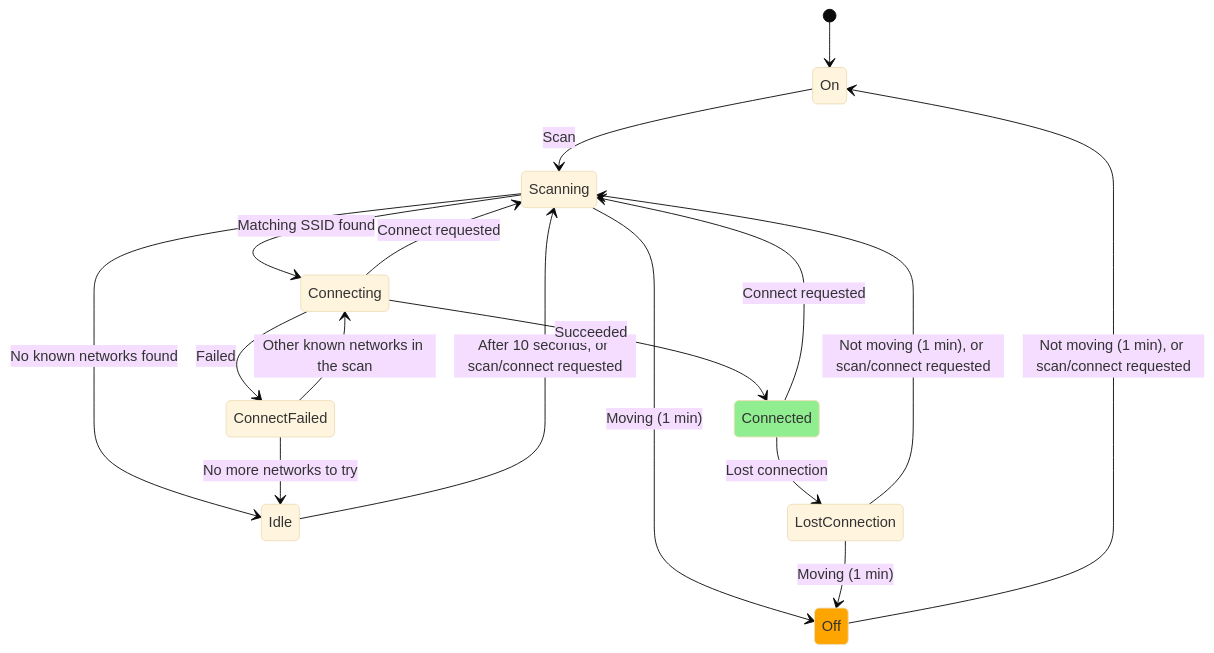
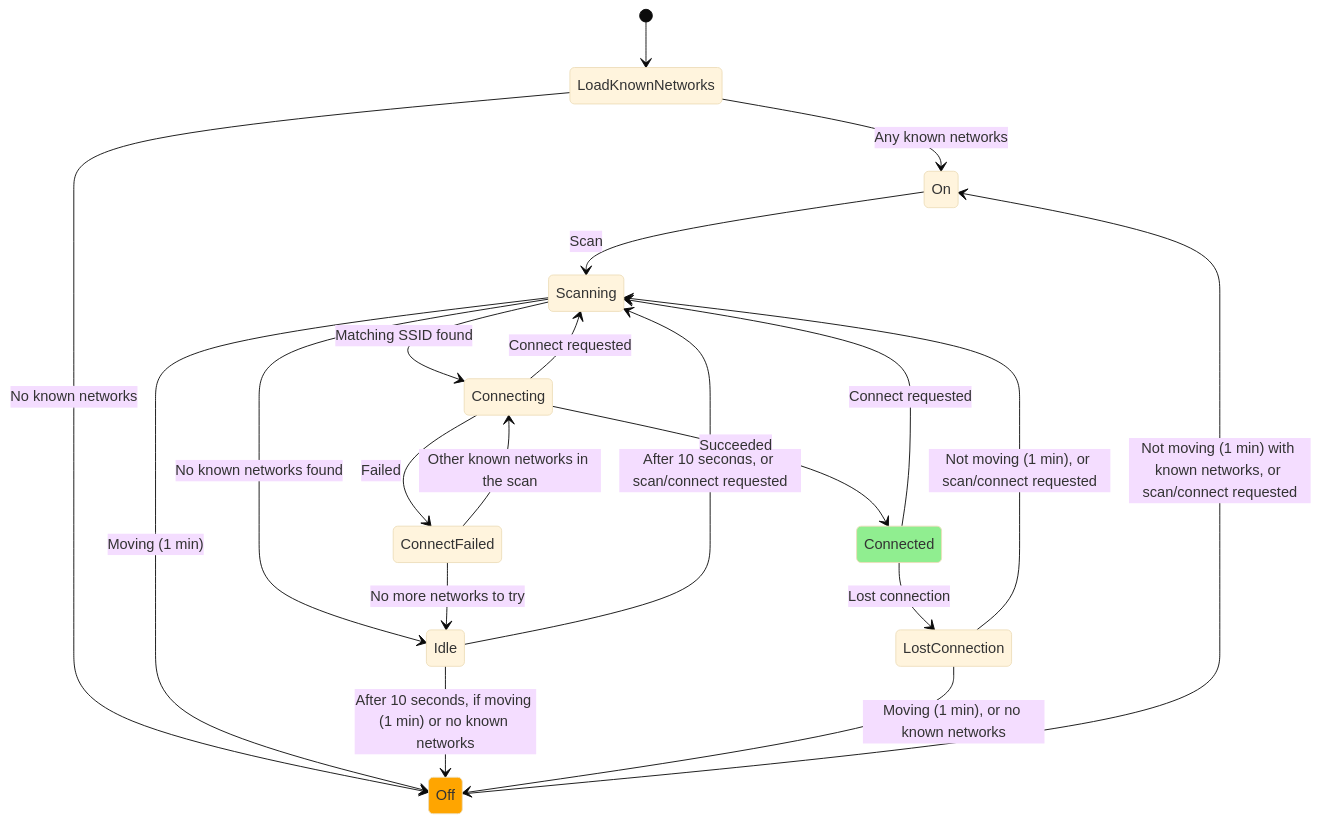
The diagram in src/wifi_handler/wifi_state_machine.md (SimonKagstrom/radbuzz), drawn with Mermaid (base theme) before and after one commit. The commit also changed other lines of this file and 5 other files, not shown here.

Commit message:
wifi_handler: Go to off directly if no networks known

````diff
--- a/src/wifi_handler/wifi_state_machine.md
+++ b/src/wifi_handler/wifi_state_machine.md
@@ -11,32 +12,36 @@
 ```mermaid
 stateDiagram-v2
-    [*] --> On
+    [*] --> LoadKnownNetworks
+
+    LoadKnownNetworks --> On : Any known networks
+    LoadKnownNetworks --> Off : No known networks
 
     On --> Scanning : Scan
 
     Scanning --> Connecting : Matching SSID found
     Scanning --> Idle : No known networks found
     Scanning --> Off : Moving (1 min)
 
     Idle --> Scanning : After 10 seconds, or scan/connect requested
+    Idle --> Off : After 10 seconds, if moving (1 min) or no known networks
 
     Connecting --> Connected : Succeeded
     Connecting --> ConnectFailed : Failed
     Connecting --> Scanning : Connect requested
 
     ConnectFailed --> Connecting : Other known networks in the scan
     ConnectFailed --> Idle : No more networks to try
 
     Connected --> LostConnection : Lost connection
     Connected --> Scanning : Connect requested
 
     LostConnection --> Scanning : Not moving (1 min), or scan/connect requested
-    LostConnection --> Off : Moving (1 min)
+    LostConnection --> Off : Moving (1 min), or no known networks
 
-    Off --> On : Not moving (1 min), or scan/connect requested
+    Off --> On : Not moving (1 min) with known networks, or scan/connect requested
 
     classDef off fill:orange
     classDef connected fill:lightgreen
     class Off off
     class Connected connected
 ```
````
